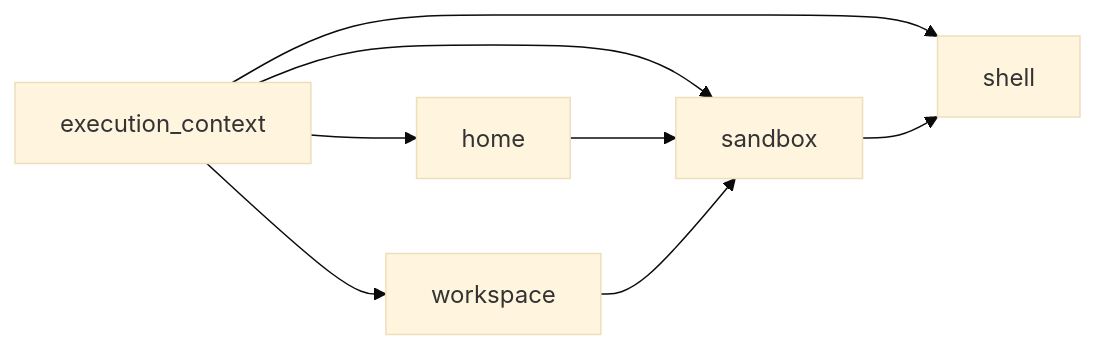
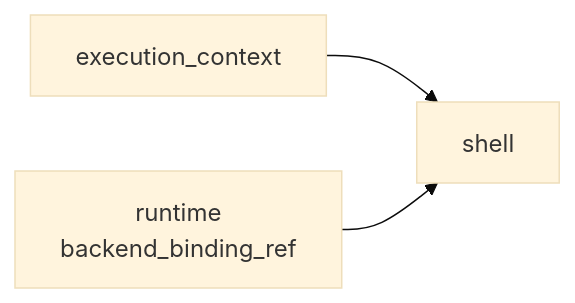
Before and after one commit to langgenius/dify: the diagram in dify-agent/docs/dify-agent/user-manual/shell-layer/index.md, drawn with Mermaid (base theme). The commit also changed other lines of this file and 125 other files, not shown here.

````diff
--- a/dify-agent/docs/dify-agent/user-manual/shell-layer/index.md
+++ b/dify-agent/docs/dify-agent/user-manual/shell-layer/index.md
@@ -110,10 +94,5 @@
 ```mermaid
 flowchart LR
-    EC["execution_context"] --> HOME["home"]
-    EC --> WS["workspace"]
-    EC --> SBX["sandbox"]
-    HOME --> SBX
-    WS --> SBX
-    EC --> SH["shell"]
-    SBX --> SH
+    EC["execution_context"] --> SH["shell"]
+    RT["runtime<br/>backend_binding_ref"] --> SH
 ```
````
